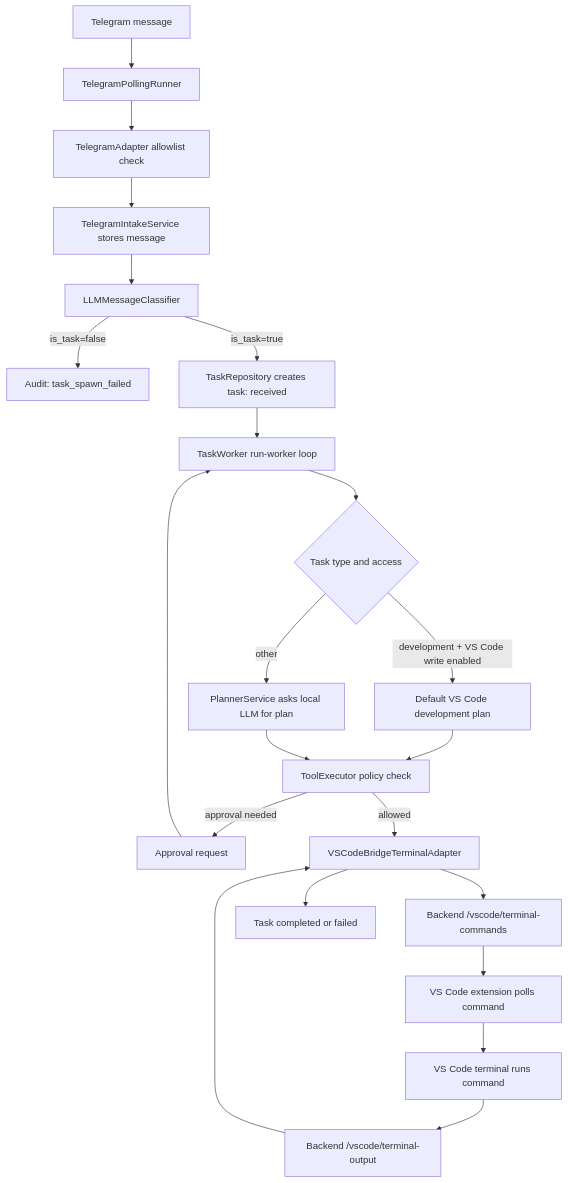
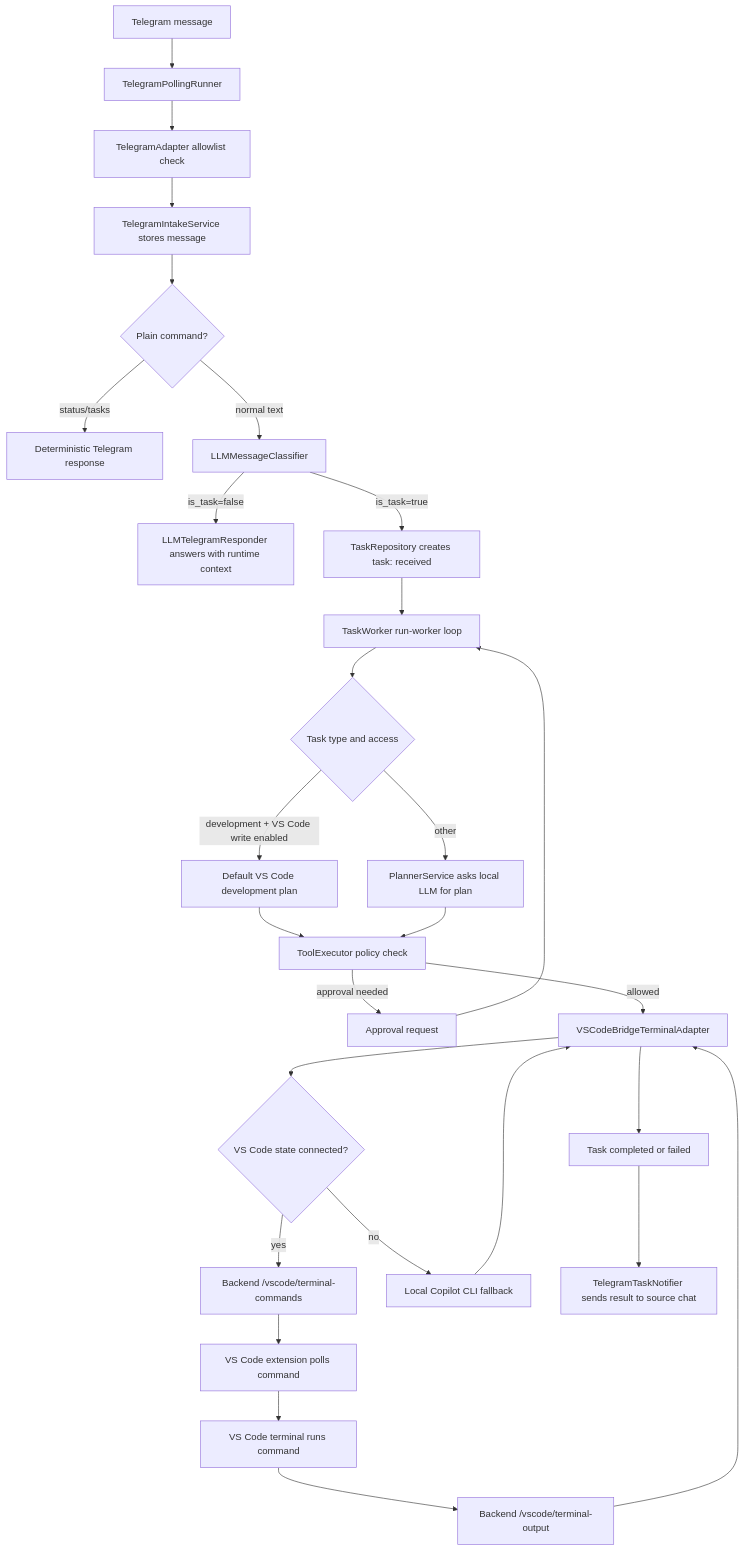
The diagram in docs/TASK_FLOW.md (iodriller/YBM), drawn with Mermaid before and after one commit. The commit also changed other lines of this file and 20 other files, not shown here.

Commit message:
handling vs code cli integration

````diff
--- a/docs/TASK_FLOW.md
+++ b/docs/TASK_FLOW.md
@@ -5,24 +5,30 @@
 ```mermaid
 flowchart TD
     A[Telegram message] --> B[TelegramPollingRunner]
     B --> C[TelegramAdapter allowlist check]
     C --> D[TelegramIntakeService stores message]
-    D --> E[LLMMessageClassifier]
-    E -->|is_task=false| F[Audit: task_spawn_failed]
+    D --> X{Plain command?}
+    X -->|status/tasks| Y[Deterministic Telegram response]
+    X -->|normal text| E[LLMMessageClassifier]
+    E -->|is_task=false| F[LLMTelegramResponder answers with runtime context]
     E -->|is_task=true| G[TaskRepository creates task: received]
     G --> H[TaskWorker run-worker loop]
     H --> I{Task type and access}
     I -->|development + VS Code write enabled| J[Default VS Code development plan]
     I -->|other| K[PlannerService asks local LLM for plan]
     J --> L[ToolExecutor policy check]
     K --> L
     L -->|approval needed| M[Approval request]
     M --> H
     L -->|allowed| N[VSCodeBridgeTerminalAdapter]
-    N --> O[Backend /vscode/terminal-commands]
+    N --> U{VS Code state connected?}
+    U -->|yes| O[Backend /vscode/terminal-commands]
+    U -->|no| V[Local Copilot CLI fallback]
     O --> P[VS Code extension polls command]
     P --> Q[VS Code terminal runs command]
     Q --> R[Backend /vscode/terminal-output]
     R --> N
+    V --> N
     N --> S[Task completed or failed]
+    S --> T[TelegramTaskNotifier sends result to source chat]
 ```
````
